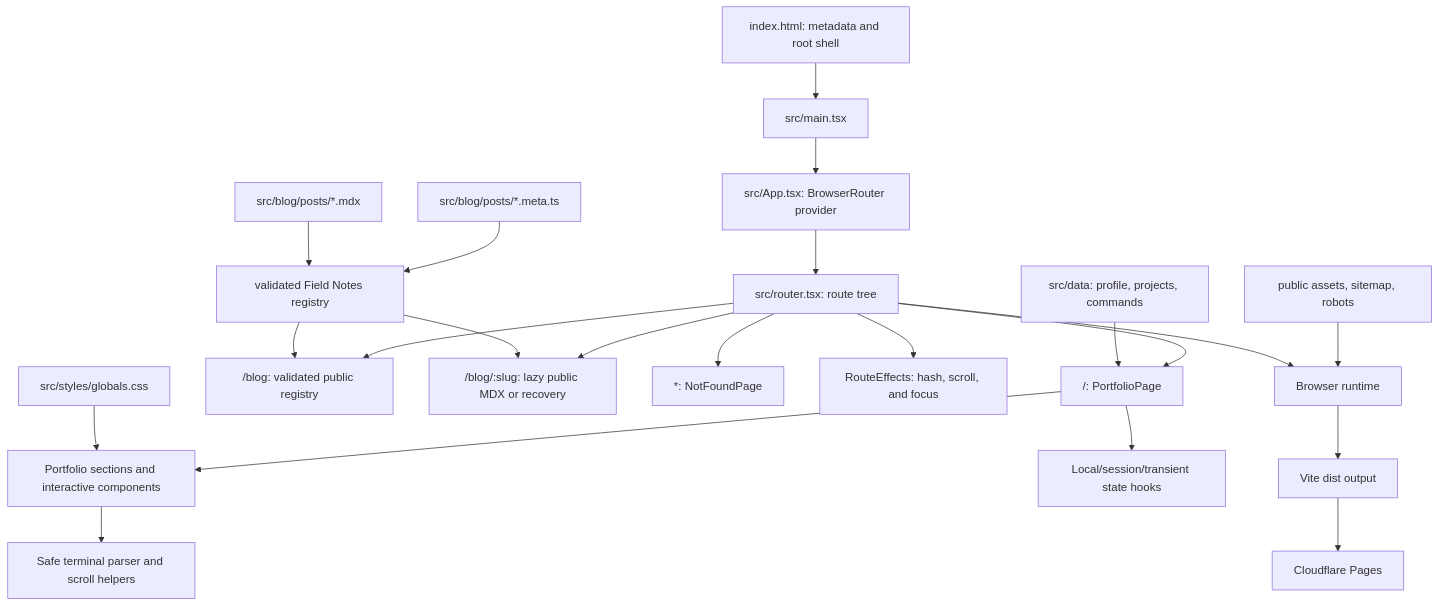
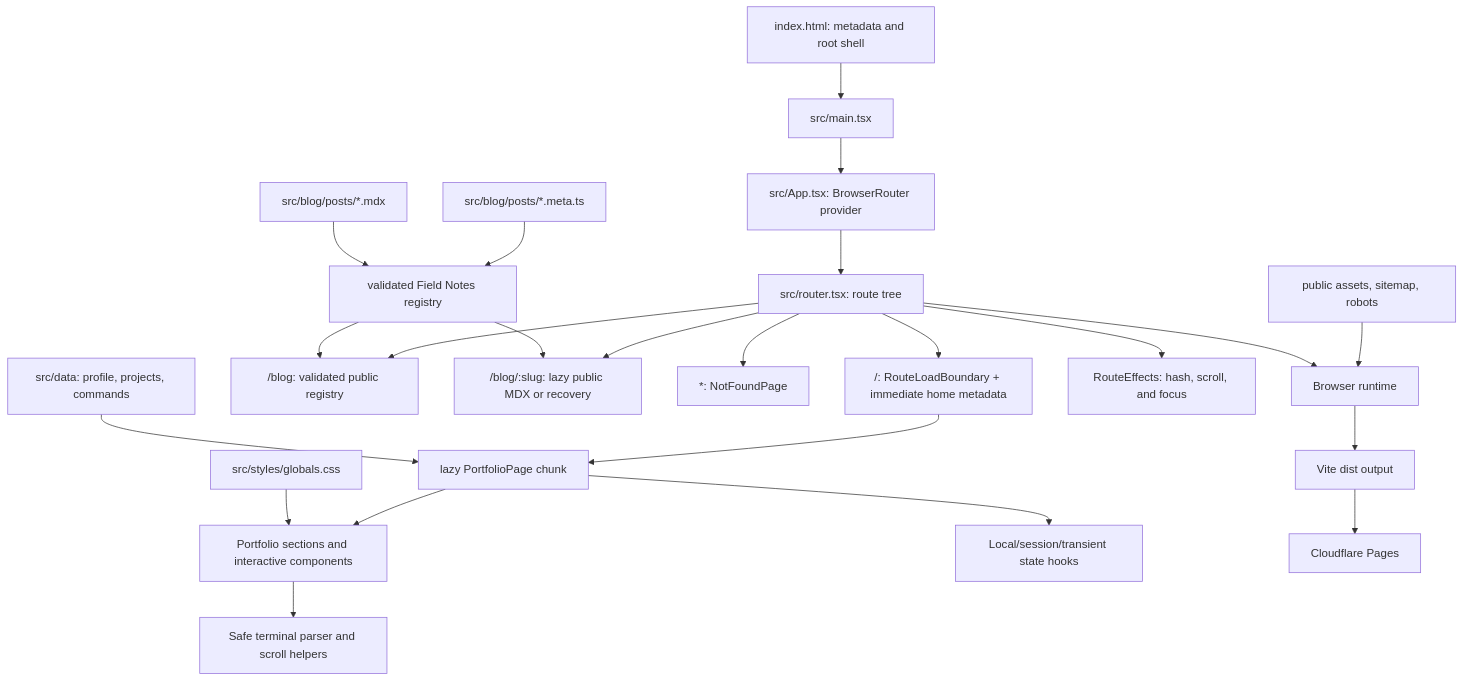
The first of 5 diagrams in ARCHITECTURE.md (atrx07/atrx07-portfolio), drawn with Mermaid before and after one commit. The commit also changed other lines of this file and 9 other files, not shown here.

Commit message:
perf: isolate interactive portfolio route

````diff
--- a/ARCHITECTURE.md
+++ b/ARCHITECTURE.md
@@ -16,24 +16,25 @@
 ```mermaid
 flowchart TD
   html["index.html: metadata and root shell"] --> entry["src/main.tsx"]
   entry --> app["src/App.tsx: BrowserRouter provider"]
   app --> router["src/router.tsx: route tree"]
-  router --> portfolio["/: PortfolioPage"]
+  router --> routeBoundary["/: RouteLoadBoundary + immediate home metadata"]
+  routeBoundary --> portfolio["lazy PortfolioPage chunk"]
   router --> blog["/blog: validated public registry"]
   router --> post["/blog/:slug: lazy public MDX or recovery"]
   router --> missing["*: NotFoundPage"]
   data["src/data: profile, projects, commands"] --> portfolio
   blogMeta["src/blog/posts/*.meta.ts"] --> registry["validated Field Notes registry"]
   blogBody["src/blog/posts/*.mdx"] --> registry
   registry --> blog
   registry --> post
   portfolio --> sections["Portfolio sections and interactive components"]
   portfolio --> hooks["Local/session/transient state hooks"]
   router --> effects["RouteEffects: hash, scroll, and focus"]
   sections --> engine["Safe terminal parser and scroll helpers"]
   styles["src/styles/globals.css"] --> sections
   assets["public assets, sitemap, robots"] --> browser["Browser runtime"]
   router --> browser
   browser --> build["Vite dist output"]
   build --> pages["Cloudflare Pages"]
 ```
````
